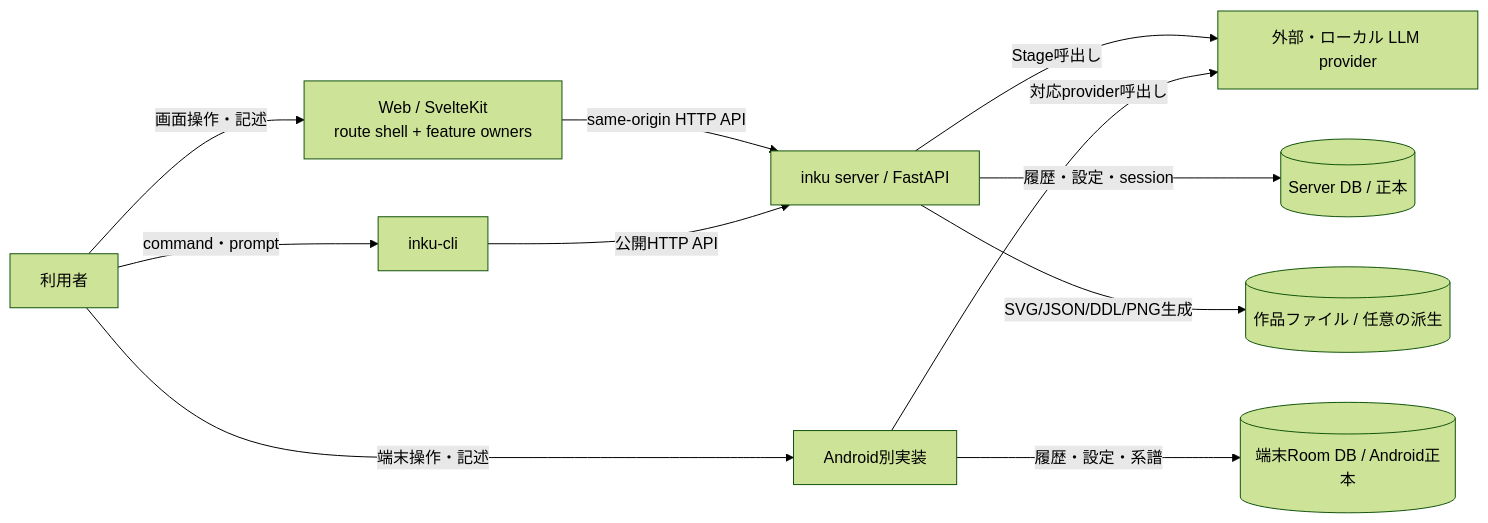
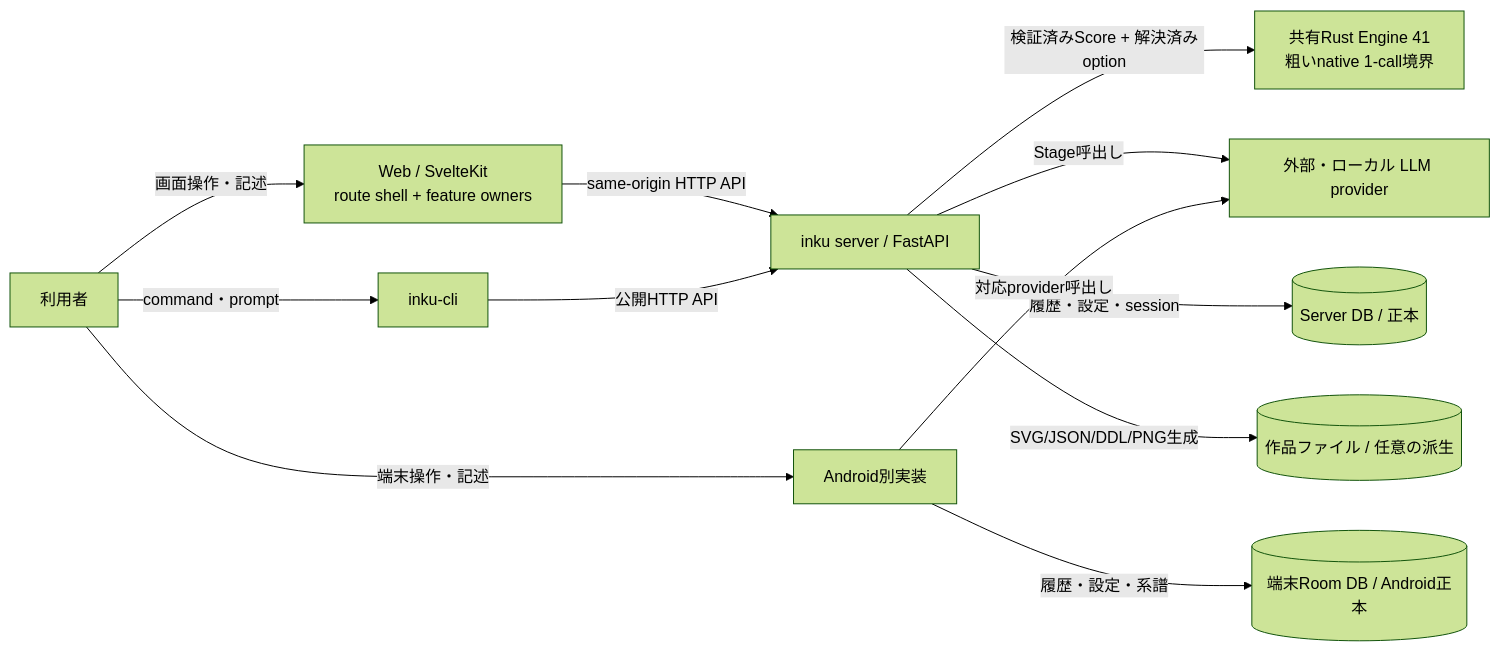
The diagram in docs/architecture/system-context.ja.md (oikawas/inku-lang), drawn with Mermaid (forest theme) before and after one commit. The commit also changed other lines of this file and 15 other files, not shown here.

Commit message:
docs: align web and Rust architecture

````diff
--- a/docs/architecture/system-context.ja.md
+++ b/docs/architecture/system-context.ja.md
@@ -5,23 +5,25 @@
 ```mermaid
 flowchart LR
     SYS_USER["利用者"]
     SYS_WEB["Web / SvelteKit\nroute shell + feature owners"]
     SYS_CLI["inku-cli"]
     SYS_ANDROID["Android別実装"]
     SYS_API["inku server / FastAPI"]
+    SYS_CORE["共有Rust Engine 41\n粗いnative 1-call境界"]
     SYS_LLM["外部・ローカル LLM provider"]
     SYS_DB[("Server DB / 正本")]
     SYS_FILES[("作品ファイル / 任意の派生")]
     ANDROID_DB[("端末Room DB / Android正本")]
 
     SYS_USER -->|"画面操作・記述"| SYS_WEB
     SYS_USER -->|"command・prompt"| SYS_CLI
     SYS_USER -->|"端末操作・記述"| SYS_ANDROID
     SYS_WEB -->|"same-origin HTTP API"| SYS_API
     SYS_CLI -->|"公開HTTP API"| SYS_API
+    SYS_API -->|"検証済みScore + 解決済みoption"| SYS_CORE
     SYS_API -->|"Stage呼出し"| SYS_LLM
     SYS_API -->|"履歴・設定・session"| SYS_DB
     SYS_API -->|"SVG/JSON/DDL/PNG生成"| SYS_FILES
     SYS_ANDROID -->|"対応provider呼出し"| SYS_LLM
     SYS_ANDROID -->|"履歴・設定・系譜"| ANDROID_DB
 ```
````
